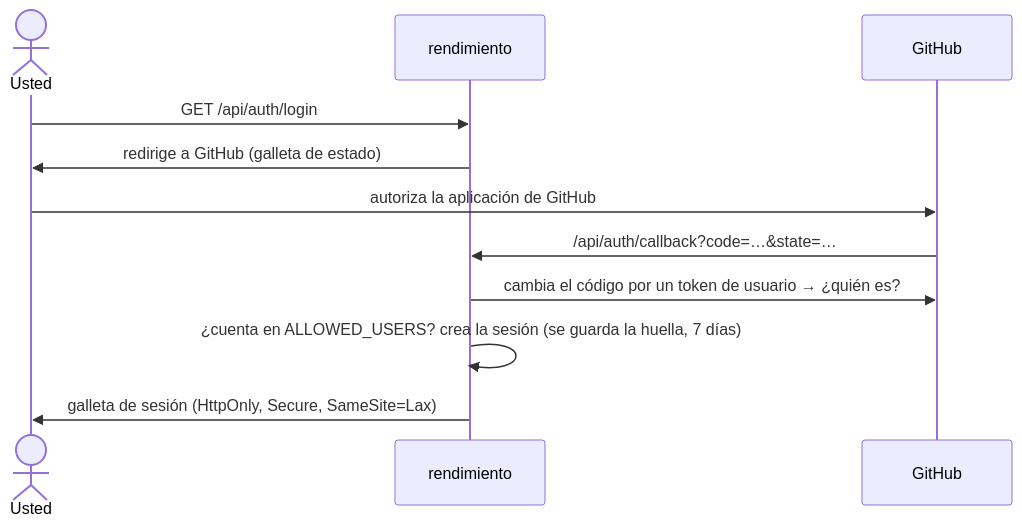
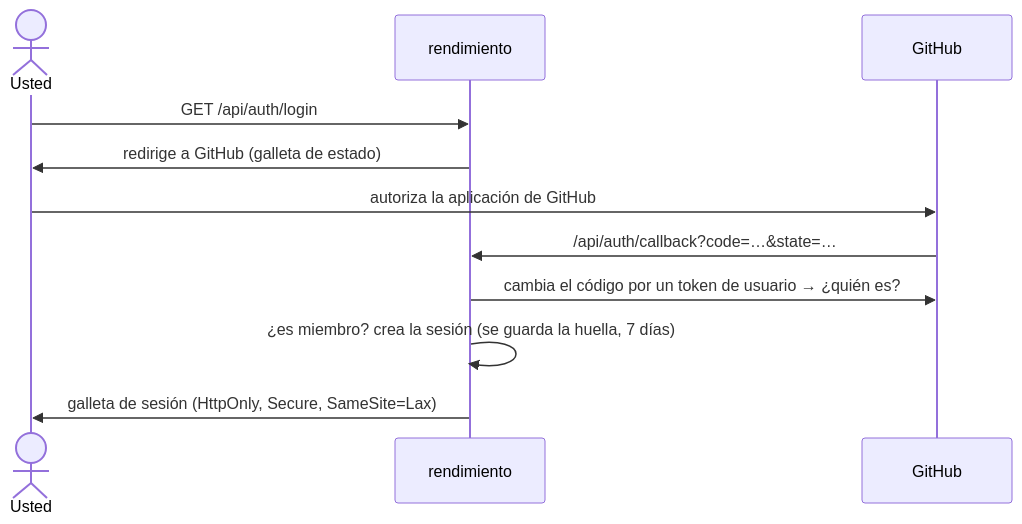
The first of 3 diagrams in docs/content/architecture/api-ui.es.md (p0dxD/rendimiento.ai), drawn with Mermaid before and after one commit. The commit also changed other lines of this file and 31 other files, not shown here.

````diff
--- a/docs/content/architecture/api-ui.es.md
+++ b/docs/content/architecture/api-ui.es.md
@@ -19,13 +19,13 @@
 ```mermaid
 sequenceDiagram
     actor You as Usted
     participant R as rendimiento
     participant G as GitHub
     You->>R: GET /api/auth/login
     R->>You: redirige a GitHub (galleta de estado)
     You->>G: autoriza la aplicación de GitHub
     G->>R: /api/auth/callback?code=…&state=…
     R->>G: cambia el código por un token de usuario → ¿quién es?
-    R->>R: ¿cuenta en ALLOWED_USERS? crea la sesión (se guarda la huella, 7 días)
+    R->>R: ¿es miembro? crea la sesión (se guarda la huella, 7 días)
     R->>You: galleta de sesión (HttpOnly, Secure, SameSite=Lax)
 ```
````
